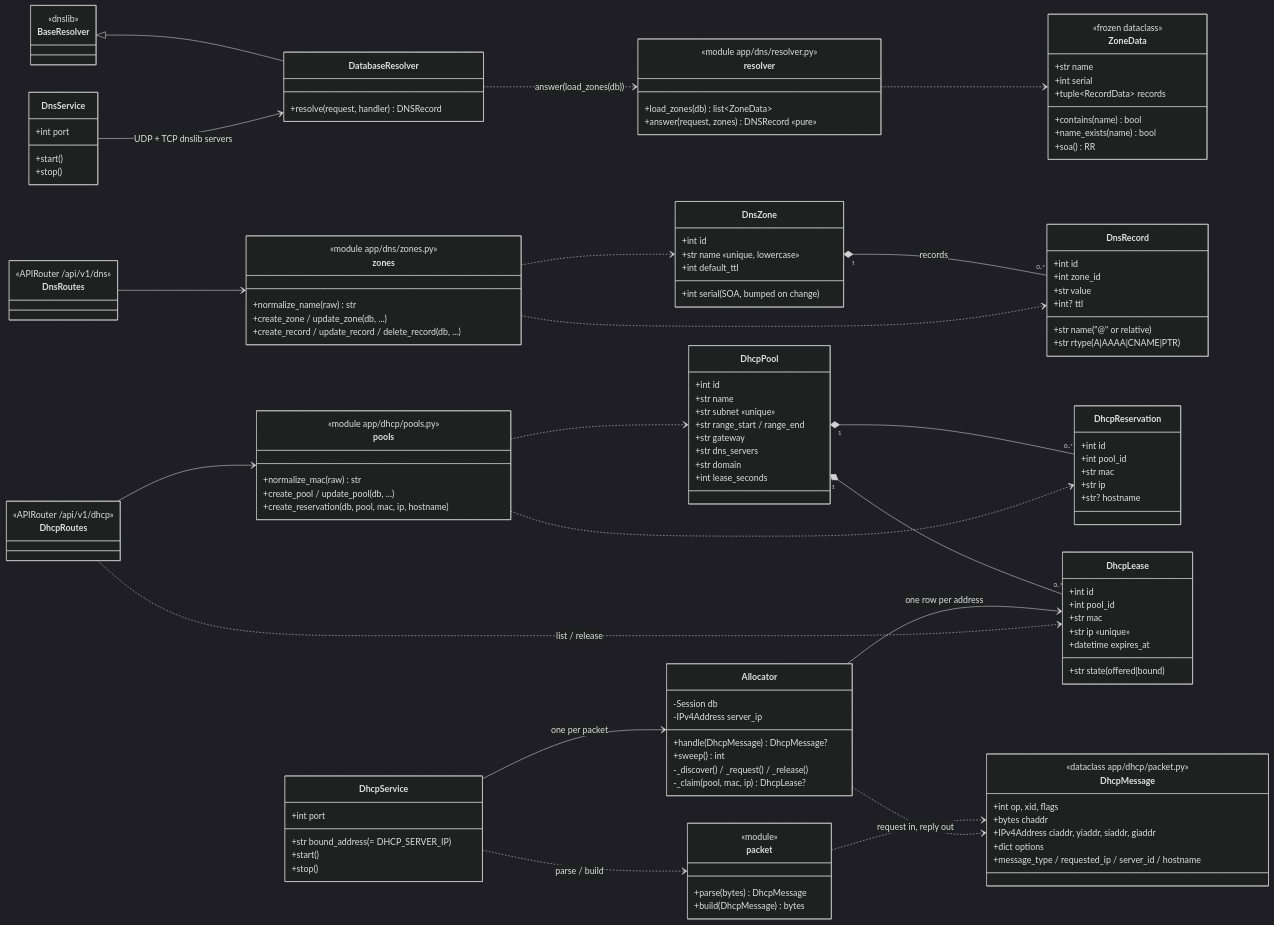
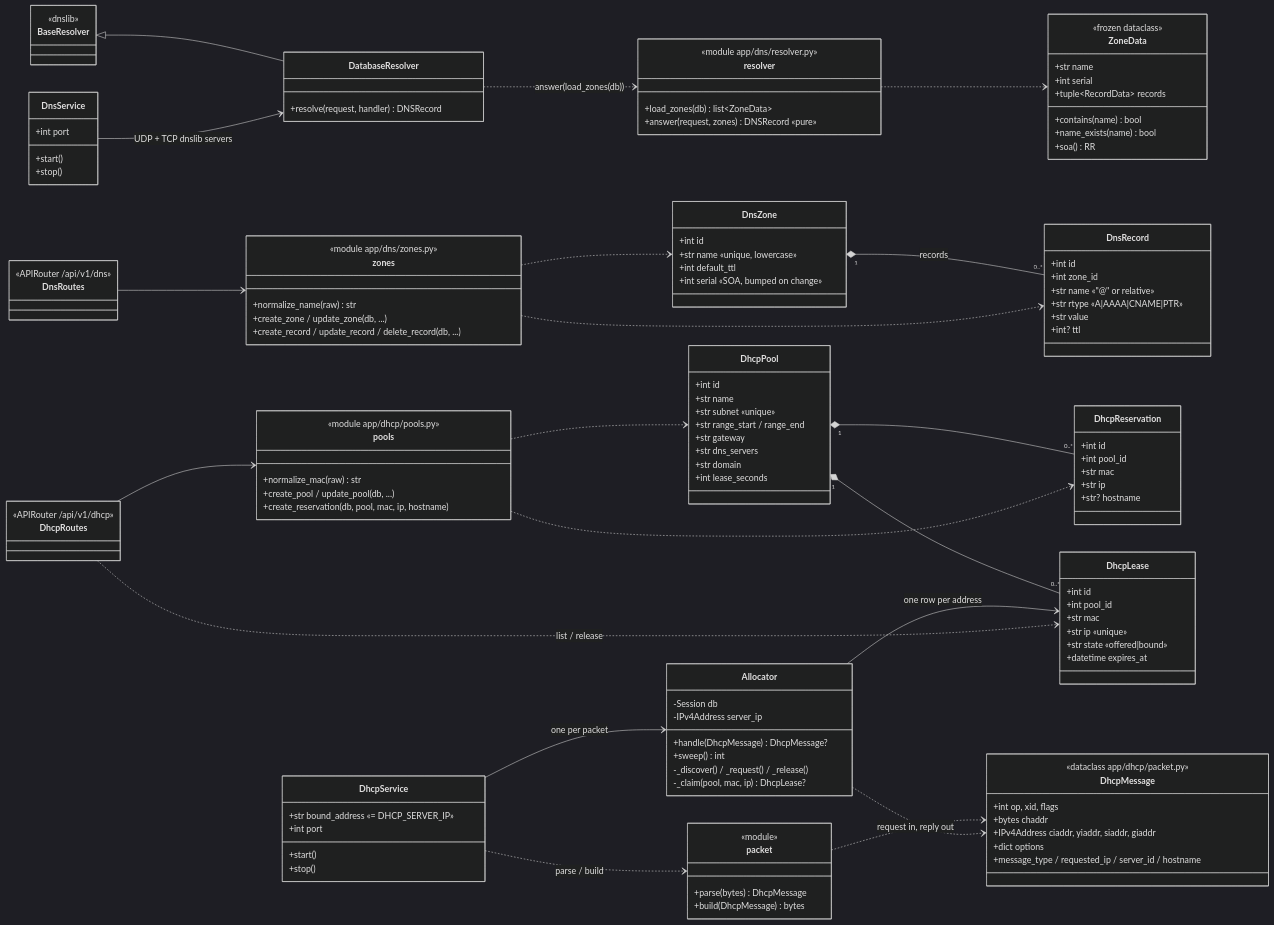
One commit to SeidaSecurity/CS-4398F26 changed the third of 3 diagrams in docs/design/class-diagram.md. Above: the diagram before and after it, drawn with Mermaid (dark theme). The commit also changed other lines of this file, not shown here.

Commit message:
class diagram fix

```diff
--- a/docs/design/class-diagram.md
+++ b/docs/design/class-diagram.md
@@ -358,13 +358,13 @@
         +int id
         +str name «unique, lowercase»
         +int default_ttl
-        +int serial  (SOA, bumped on change)
+        +int serial  «SOA, bumped on change»
     }
     class DnsRecord {
         +int id
         +int zone_id
-        +str name  ("@" or relative)
-        +str rtype (A|AAAA|CNAME|PTR)
+        +str name  «"@" or relative»
+        +str rtype «A|AAAA|CNAME|PTR»
         +str value
         +int? ttl
     }
@@ -430,7 +430,7 @@
         +int pool_id
         +str mac
         +str ip «unique»
-        +str state (offered|bound)
+        +str state «offered|bound»
         +datetime expires_at
     }
     DhcpPool "1" *-- "0..*" DhcpReservation
@@ -464,7 +464,7 @@
         -_claim(pool, mac, ip) DhcpLease?
     }
     class DhcpService {
-        +str bound_address  (= DHCP_SERVER_IP)
+        +str bound_address  «= DHCP_SERVER_IP»
         +int port
         +start()
         +stop()
```
